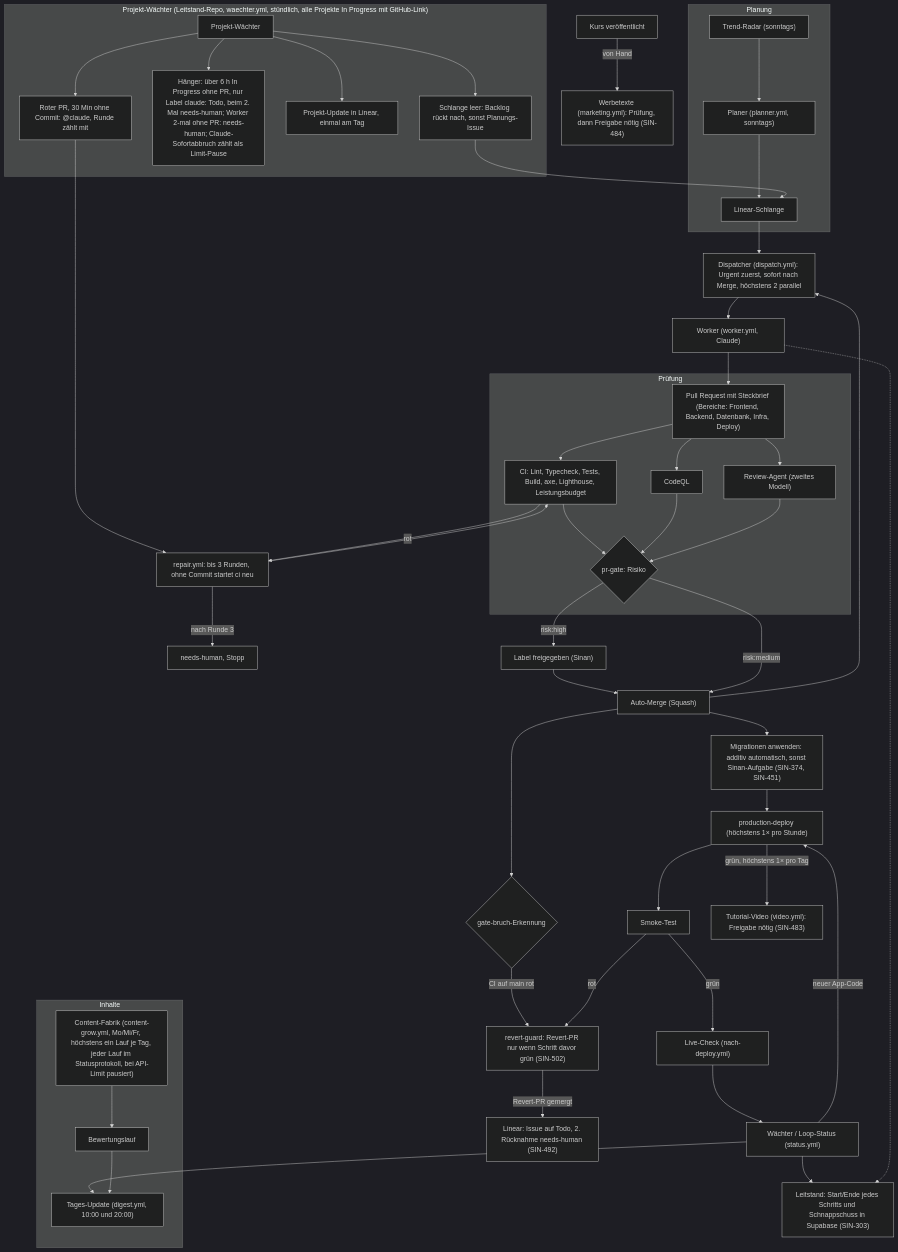
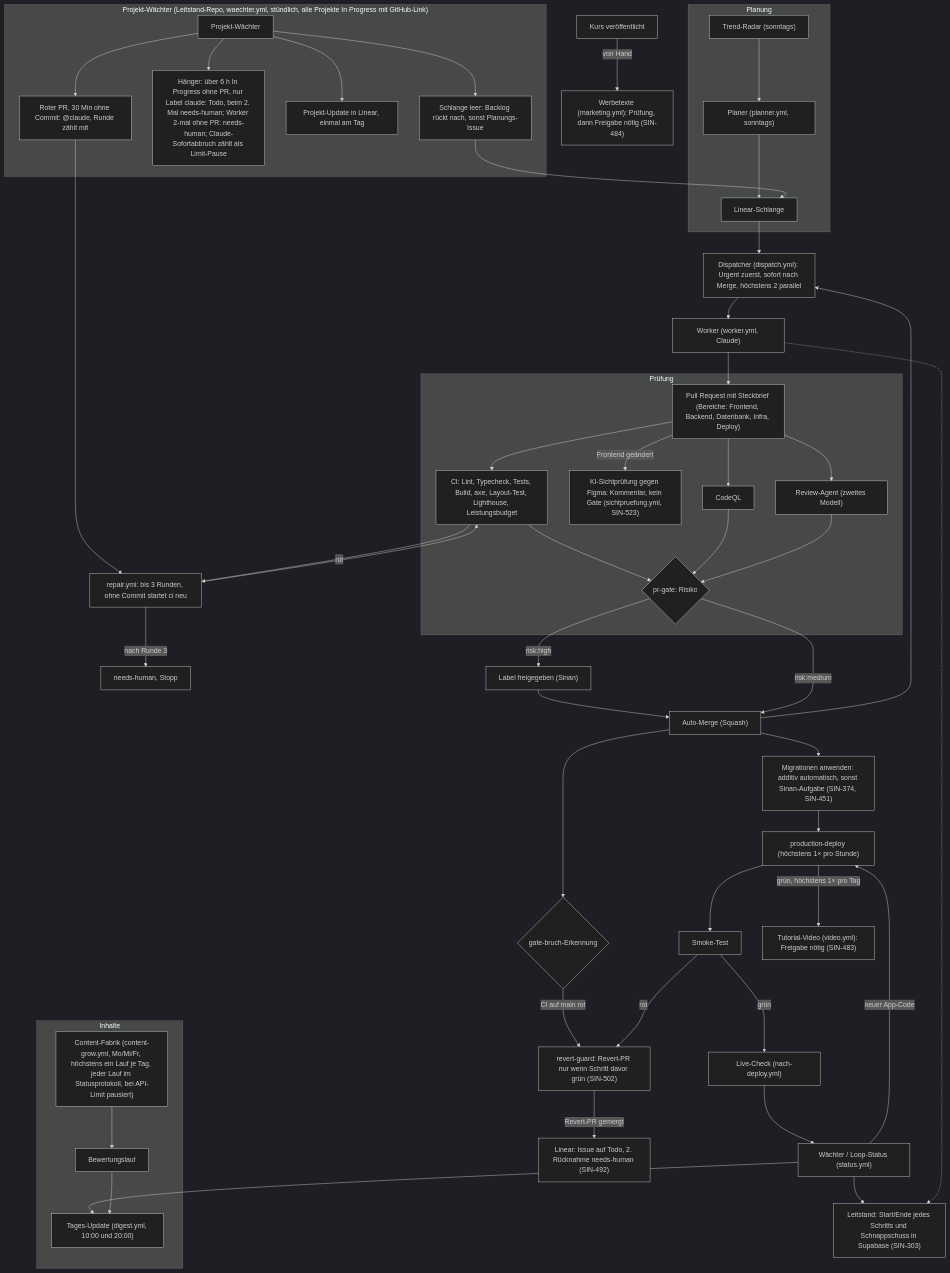
Before and after one commit to siinanXD/Content-Agent-Lernapp: the diagram in README.md, drawn with Mermaid (dark theme). The commit also changed other lines of this file and 14 other files, not shown here.

Commit message:
feat(qualitaet): Layout-Prüfer als Gate und KI-Sichtprüfung gegen Figma (SIN-523) (#328)

````diff
--- a/README.md
+++ b/README.md
@@ -72,54 +72,55 @@
 ```mermaid
 %% Pipeline-Ablauf des Loops, Stand main 09.10. (SIN-376). Quelle für das FigJam-Board „Pipeline-Ablauf“.
 %% Ändern sich .github/workflows/ oder scripts/autonomy/, diese Datei im selben PR anpassen.
 flowchart TD
   subgraph Planung
     Radar["Trend-Radar (sonntags)"] --> Planer
     Planer["Planer (planner.yml, sonntags)"] --> Schlange["Linear-Schlange"]
   end
   Schlange --> Dispatcher["Dispatcher (dispatch.yml): Urgent zuerst, sofort nach Merge, höchstens 2 parallel"]
   Dispatcher --> Worker["Worker (worker.yml, Claude)"]
   Worker --> PR["Pull Request mit Steckbrief (Bereiche: Frontend, Backend, Datenbank, Infra, Deploy)"]
   subgraph Prüfung
-    PR --> CI["CI: Lint, Typecheck, Tests, Build, axe, Lighthouse, Leistungsbudget"]
+    PR --> CI["CI: Lint, Typecheck, Tests, Build, axe, Layout-Test, Lighthouse, Leistungsbudget"]
+    PR -- "Frontend geändert" --> Sicht["KI-Sichtprüfung gegen Figma: Kommentar, kein Gate (sichtpruefung.yml, SIN-523)"]
     PR --> CodeQL["CodeQL"]
     PR --> Review["Review-Agent (zweites Modell)"]
     CI --> Gate{"pr-gate: Risiko"}
     CodeQL --> Gate
     Review --> Gate
   end
   CI -- rot --> Repair["repair.yml: bis 3 Runden, ohne Commit startet ci neu"]
   Repair --> CI
   Repair -- "nach Runde 3" --> Mensch["needs-human, Stopp"]
   Gate -- "risk:high" --> Freigabe["Label freigegeben (Sinan)"]
   Freigabe --> Merge
   Gate -- "risk:medium" --> Merge["Auto-Merge (Squash)"]
   Merge --> Dispatcher
   Merge --> Migr["Migrationen anwenden: additiv automatisch, sonst Sinan-Aufgabe (SIN-374, SIN-451)"]
   Merge --> Bruch{"gate-bruch-Erkennung"}
   Bruch -- "CI auf main rot" --> Revert["revert-guard: Revert-PR nur wenn Schritt davor grün (SIN-502)"]
   Revert -- "Revert-PR gemergt" --> LinearTodo["Linear: Issue auf Todo, 2. Rücknahme needs-human (SIN-492)"]
   Migr --> Deploy["production-deploy (höchstens 1× pro Stunde)"]
   Deploy --> Smoke["Smoke-Test"]
   Smoke -- rot --> Revert
   Smoke -- grün --> Live["Live-Check (nach-deploy.yml)"]
   Deploy -- "grün, höchstens 1× pro Tag" --> Video["Tutorial-Video (video.yml): Freigabe nötig (SIN-483)"]
   Kurs["Kurs veröffentlicht"] -- "von Hand" --> Marketing["Werbetexte (marketing.yml): Prüfung, dann Freigabe nötig (SIN-484)"]
   Live --> Waechter["Wächter / Loop-Status (status.yml)"]
   Waechter -- "neuer App-Code" --> Deploy
   Waechter --> Update["Tages-Update (digest.yml, 10:00 und 20:00)"]
   Waechter --> Leitstand["Leitstand: Start/Ende jedes Schritts und Schnappschuss in Supabase (SIN-303)"]
   Worker -.-> Leitstand
   subgraph Projektwaechter["Projekt-Wächter (Leitstand-Repo, waechter.yml, stündlich, alle Projekte In Progress mit GitHub-Link)"]
     PW["Projekt-Wächter"] --> PWS["Schlange leer: Backlog rückt nach, sonst Planungs-Issue"]
     PW --> PWH["Hänger: über 6 h In Progress ohne PR, nur Label claude: Todo, beim 2. Mal needs-human; Worker 2-mal ohne PR: needs-human; Claude-Sofortabbruch zählt als Limit-Pause"]
     PW --> PWU["Projekt-Update in Linear, einmal am Tag"]
     PW --> PWR["Roter PR, 30 Min ohne Commit: @claude, Runde zählt mit"]
   end
   PWS --> Schlange
   PWR --> Repair
   subgraph Inhalte
     Fabrik["Content-Fabrik (content-grow.yml, Mo/Mi/Fr, höchstens ein Lauf je Tag, jeder Lauf im Statusprotokoll, bei API-Limit pausiert)"] --> Bewertung["Bewertungslauf"]
     Bewertung --> Update
   end
 ```
````
